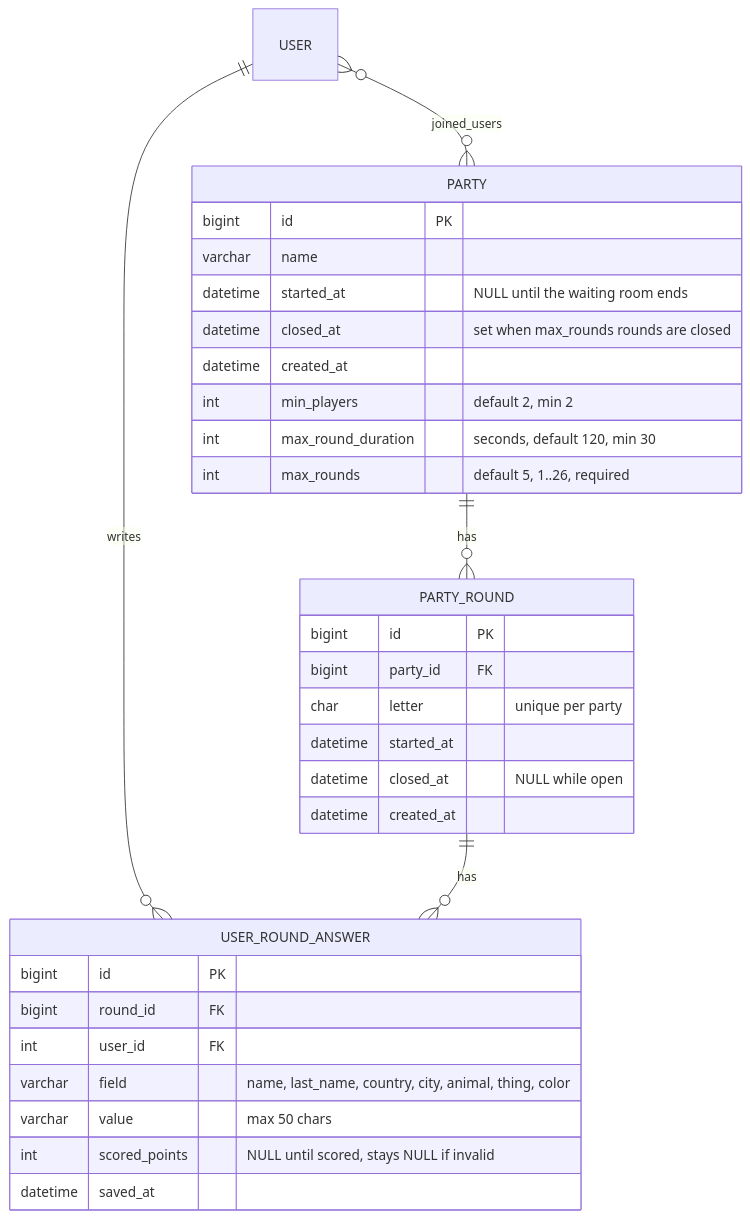
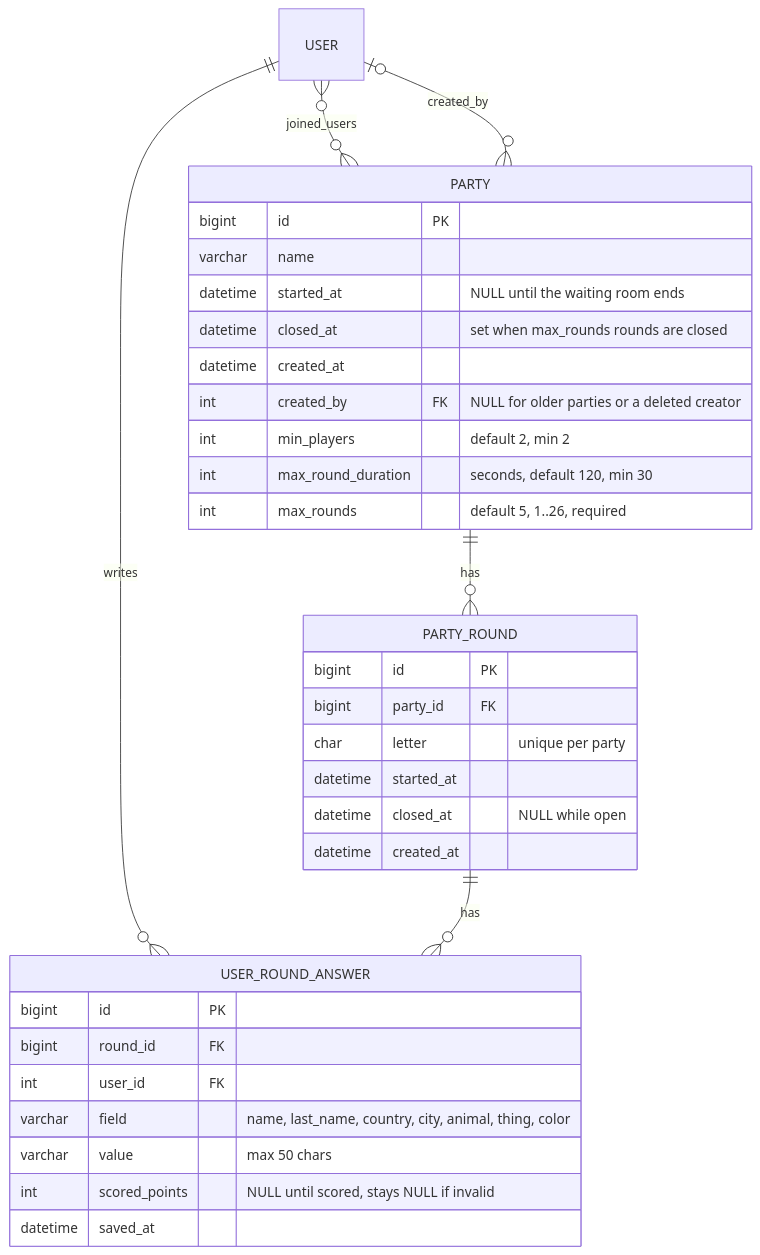
Before and after one commit to DanielGnzlzVll/AACX: the fifth of 5 diagrams in docs/architecture.md, drawn with Mermaid. The commit also changed other lines of this file and 6 other files, not shown here.

````diff
--- a/docs/architecture.md
+++ b/docs/architecture.md
@@ -245,35 +245,37 @@
 ```mermaid
 erDiagram
     USER ||--o{ USER_ROUND_ANSWER : writes
     USER }o--o{ PARTY : "joined_users"
+    USER |o--o{ PARTY : "created_by"
     PARTY ||--o{ PARTY_ROUND : has
     PARTY_ROUND ||--o{ USER_ROUND_ANSWER : has
 
     PARTY {
         bigint id PK
         varchar name
         datetime started_at "NULL until the waiting room ends"
         datetime closed_at "set when max_rounds rounds are closed"
         datetime created_at
+        int created_by FK "NULL for older parties or a deleted creator"
         int min_players "default 2, min 2"
         int max_round_duration "seconds, default 120, min 30"
         int max_rounds "default 5, 1..26, required"
     }
     PARTY_ROUND {
         bigint id PK
         bigint party_id FK
         char letter "unique per party"
         datetime started_at
         datetime closed_at "NULL while open"
         datetime created_at
     }
     USER_ROUND_ANSWER {
         bigint id PK
         bigint round_id FK
         int user_id FK
         varchar field "name, last_name, country, city, animal, thing, color"
         varchar value "max 50 chars"
         int scored_points "NULL until scored, stays NULL if invalid"
         datetime saved_at
     }
 ```
````
